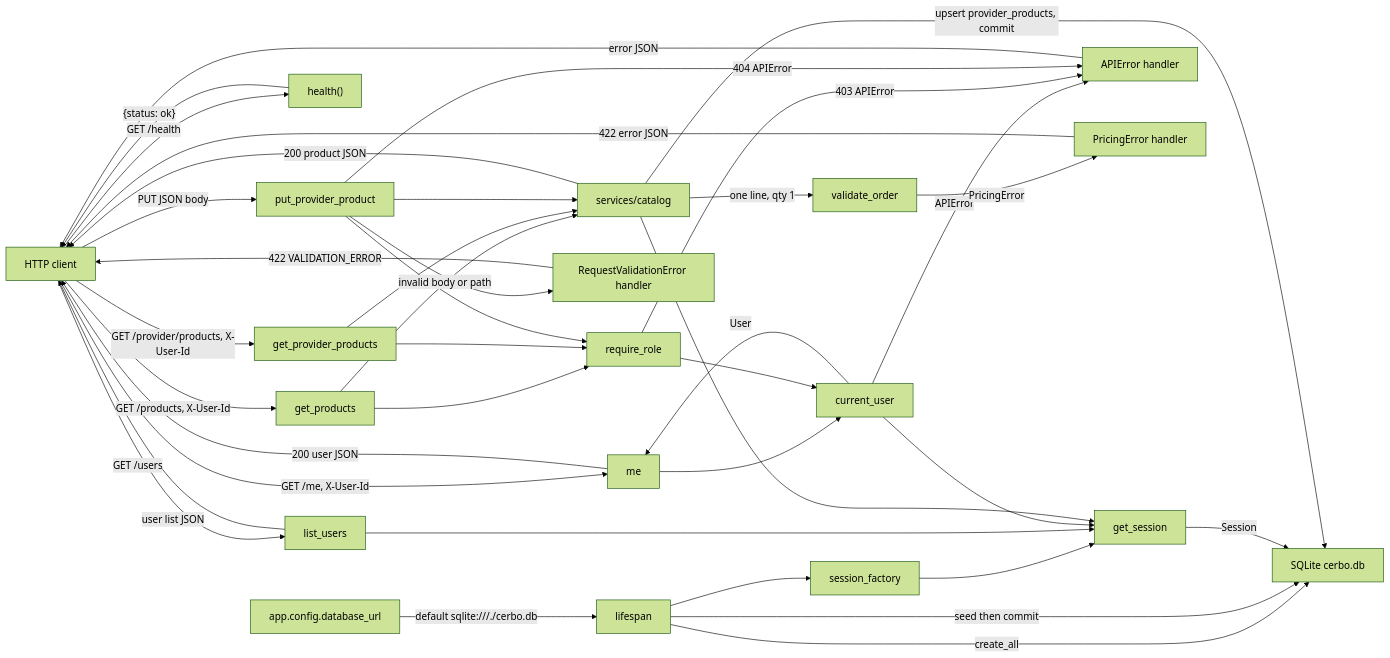
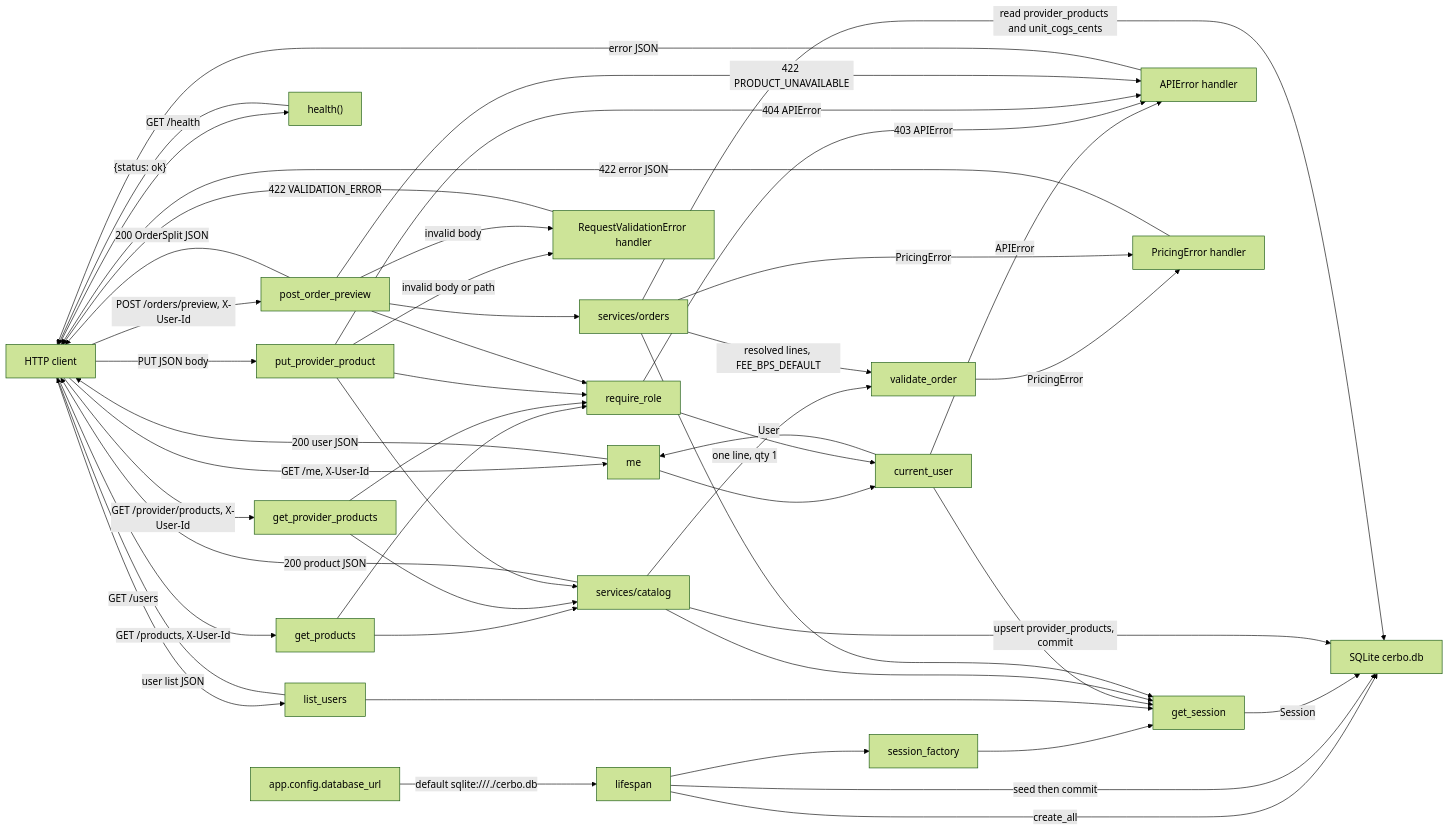
The diagram in docs/diagrams/data-flow.md (drtclem/cerbo_wk1), drawn with Mermaid (forest theme) before and after one commit. The commit also changed other lines of this file and 8 other files, not shown here.

Commit message:
T5: order preview

````diff
--- a/docs/diagrams/data-flow.md
+++ b/docs/diagrams/data-flow.md
@@ -7,45 +7,56 @@
 ```mermaid
 flowchart LR
   configUrl["app.config.database_url"] -->|"default sqlite:///./cerbo.db"| lifespan["lifespan"]
   lifespan -->|"create_all"| sqliteFile["SQLite cerbo.db"]
   lifespan -->|"seed then commit"| sqliteFile
   lifespan --> sessionFactory["session_factory"]
   sessionFactory --> getSession["get_session"]
   getSession -->|"Session"| sqliteFile
 
   httpClient["HTTP client"] -->|"GET /health"| healthFn["health()"]
   healthFn -->|"{status: ok}"| httpClient
 
   httpClient -->|"GET /users"| listUsers["list_users"]
   listUsers --> getSession
   listUsers -->|"user list JSON"| httpClient
 
   httpClient -->|"GET /me, X-User-Id"| meRoute["me"]
   meRoute --> currentUser["current_user"]
   currentUser --> getSession
   currentUser -->|"User"| meRoute
   meRoute -->|"200 user JSON"| httpClient
   currentUser -->|"APIError"| apiError["APIError handler"]
   apiError -->|"error JSON"| httpClient
 
   httpClient -->|"GET /products, X-User-Id"| getProducts["get_products"]
   httpClient -->|"GET /provider/products, X-User-Id"| getProviderProducts["get_provider_products"]
   httpClient -->|"PUT JSON body"| putProviderProduct["put_provider_product"]
   getProducts --> requireRole["require_role"]
   getProviderProducts --> requireRole
   putProviderProduct --> requireRole
   requireRole --> currentUser
   requireRole -->|"403 APIError"| apiError
   getProducts --> catalogSvc["services/catalog"]
   getProviderProducts --> catalogSvc
   putProviderProduct --> catalogSvc
   catalogSvc --> getSession
   catalogSvc -->|"200 product JSON"| httpClient
   catalogSvc -->|"one line, qty 1"| validateOrder["validate_order"]
   validateOrder -->|"PricingError"| pricingHandler["PricingError handler"]
   pricingHandler -->|"422 error JSON"| httpClient
   catalogSvc -->|"upsert provider_products, commit"| sqliteFile
   putProviderProduct -->|"404 APIError"| apiError
   putProviderProduct -->|"invalid body or path"| validationHandler["RequestValidationError handler"]
   validationHandler -->|"422 VALIDATION_ERROR"| httpClient
+
+  httpClient -->|"POST /orders/preview, X-User-Id"| postOrderPreview["post_order_preview"]
+  postOrderPreview --> requireRole
+  postOrderPreview --> ordersSvc["services/orders"]
+  ordersSvc --> getSession
+  ordersSvc -->|"read provider_products and unit_cogs_cents"| sqliteFile
+  ordersSvc -->|"resolved lines, FEE_BPS_DEFAULT"| validateOrder
+  ordersSvc -->|"PricingError"| pricingHandler
+  postOrderPreview -->|"422 PRODUCT_UNAVAILABLE"| apiError
+  postOrderPreview -->|"200 OrderSplit JSON"| httpClient
+  postOrderPreview -->|"invalid body"| validationHandler
 ```
````
